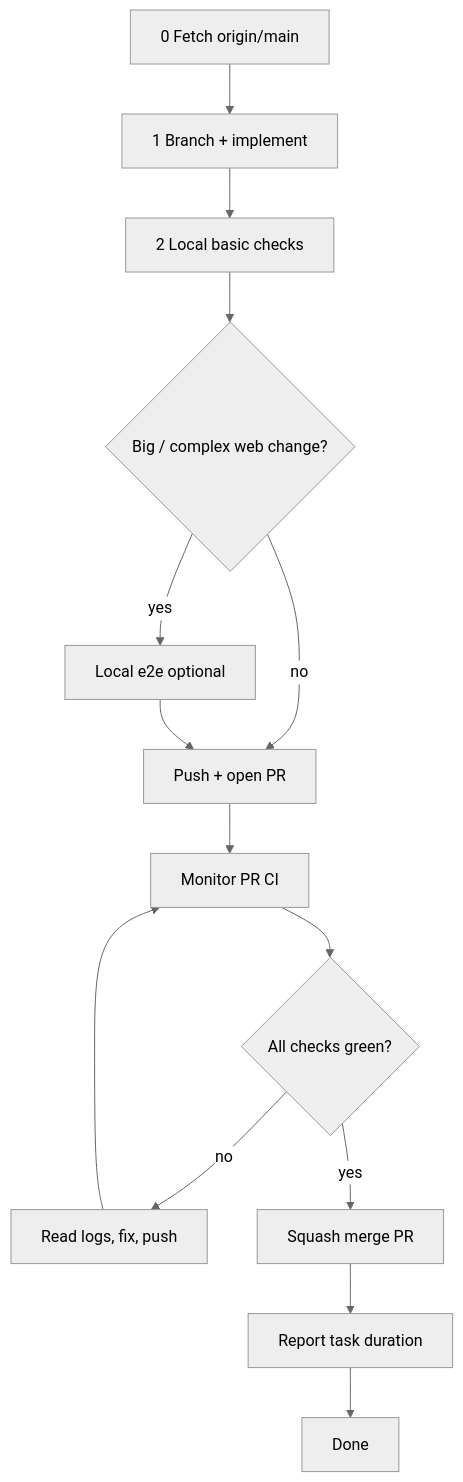
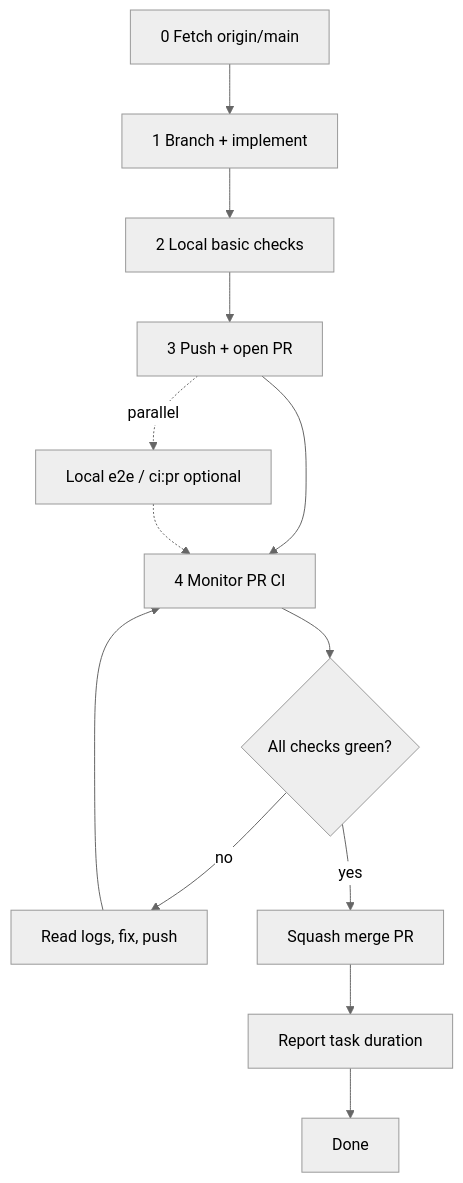
The diagram in .cortex/workflows/pull-requests.md (meta-secret/nook), drawn with Mermaid (neutral theme) before and after one commit. The commit also changed other lines of this file and 5 other files, not shown here.

````diff
--- a/.cortex/workflows/pull-requests.md
+++ b/.cortex/workflows/pull-requests.md
@@ -24,16 +24,15 @@
 ```mermaid
 flowchart TD
   Z[0 Fetch origin/main] --> A[1 Branch + implement]
   A --> B[2 Local basic checks]
-  B --> C{Big / complex web change?}
-  C -->|yes| D[Local e2e optional]
-  C -->|no| E[Push + open PR]
-  D --> E
-  E --> F[Monitor PR CI]
+  B --> E[3 Push + open PR]
+  E --> F[4 Monitor PR CI]
+  E -.->|parallel| D[Local e2e / ci:pr optional]
+  D -.-> F
   F --> G{All checks green?}
   G -->|no| H[Read logs, fix, push]
   H --> F
   G -->|yes| I[Squash merge PR]
   I --> J[Report task duration]
   J --> K[Done]
 ```
````
